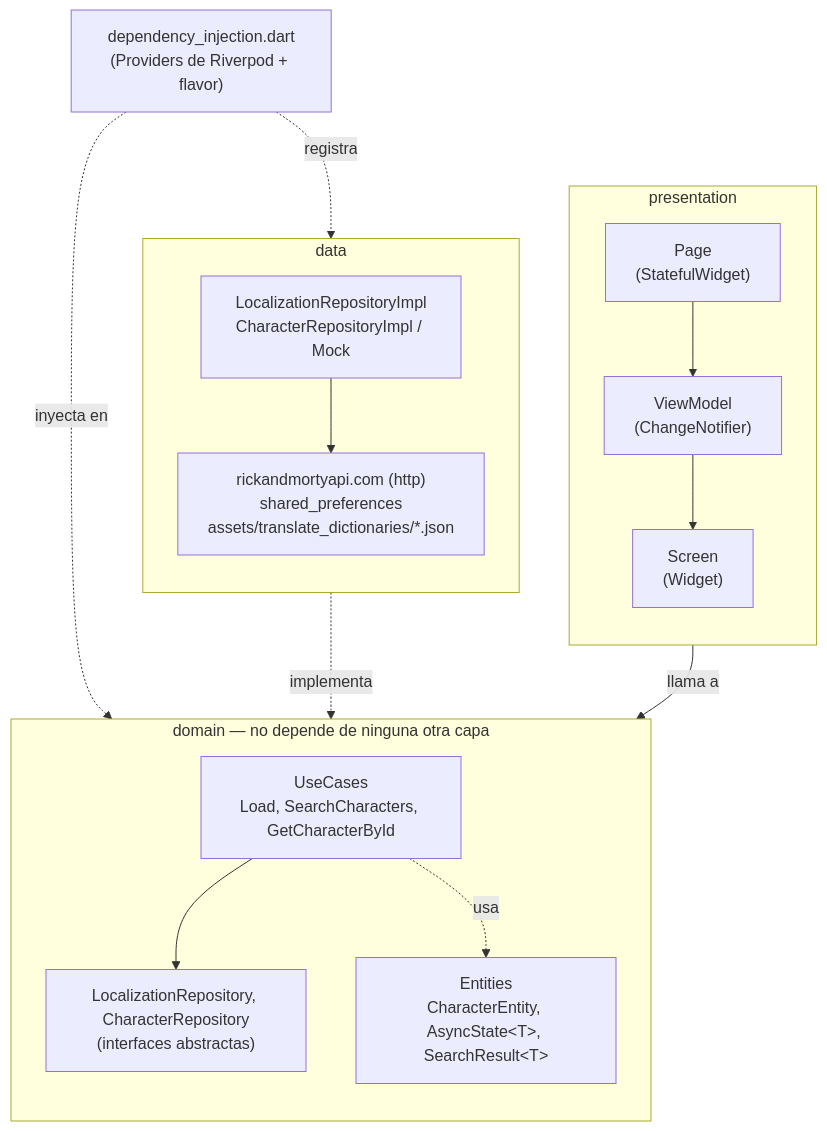
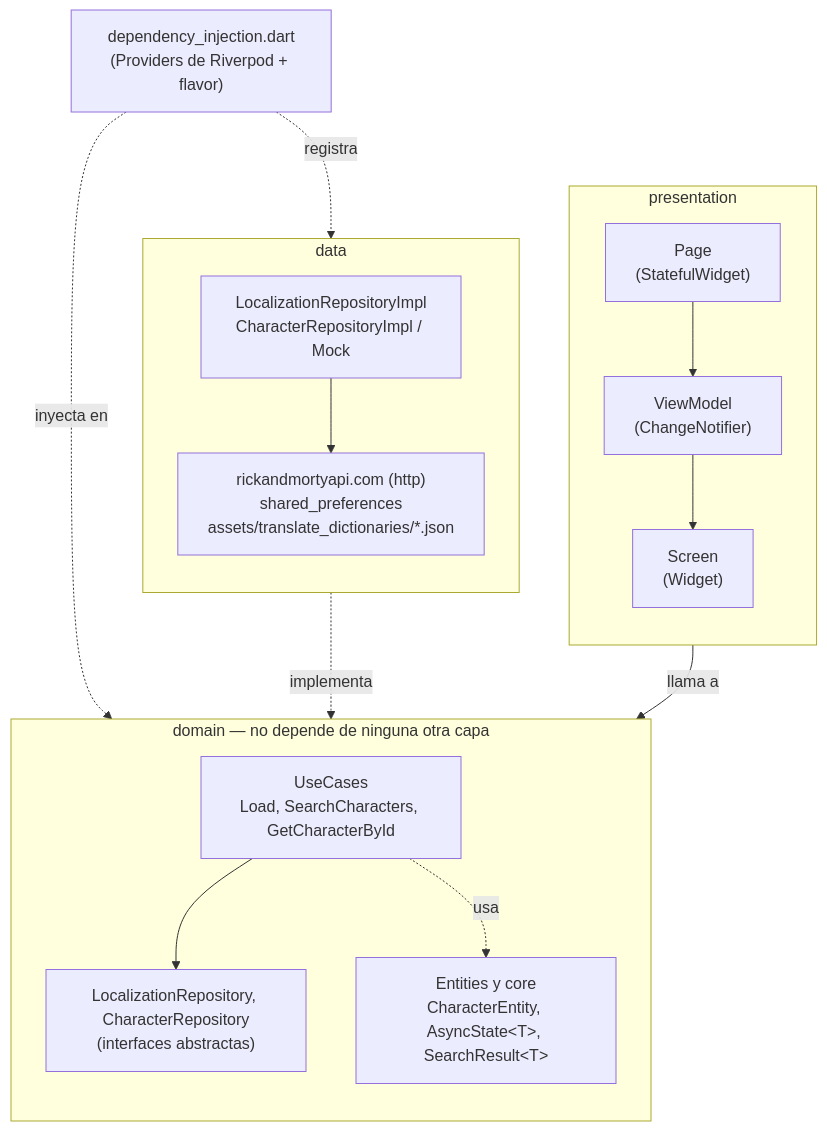
The diagram in README.md (marlonc98/pragma_road_2), drawn with Mermaid before and after one commit. The commit also changed other lines of this file and 3 other files, not shown here.

````diff
--- a/README.md
+++ b/README.md
@@ -81,32 +85,32 @@
 ```mermaid
 flowchart TB
     subgraph Presentation["presentation"]
         direction TB
         Page["Page<br/>(StatefulWidget)"]
         VM["ViewModel<br/>(ChangeNotifier)"]
         Screen["Screen<br/>(Widget)"]
         Page --> VM --> Screen
     end
 
     subgraph Domain["domain — no depende de ninguna otra capa"]
         direction TB
         UseCase["UseCases<br/>Load, SearchCharacters, GetCharacterById"]
         RepoI["LocalizationRepository, CharacterRepository<br/>(interfaces abstractas)"]
-        Entities["Entities<br/>CharacterEntity, AsyncState&lt;T&gt;, SearchResult&lt;T&gt;"]
+        Entities["Entities y core<br/>CharacterEntity, AsyncState&lt;T&gt;, SearchResult&lt;T&gt;"]
         UseCase --> RepoI
         UseCase -.->|usa| Entities
     end
 
     subgraph Data["data"]
         direction TB
         RepoImpl["LocalizationRepositoryImpl<br/>CharacterRepositoryImpl / Mock"]
         Sources["rickandmortyapi.com (http)<br/>shared_preferences<br/>assets/translate_dictionaries/*.json"]
         RepoImpl --> Sources
     end
 
     VM -->|llama a| UseCase
     RepoImpl -.->|implementa| RepoI
 
     DI["dependency_injection.dart<br/>(Providers de Riverpod + flavor)"] -.->|registra| RepoImpl
     DI -.->|inyecta en| UseCase
 ```
````
